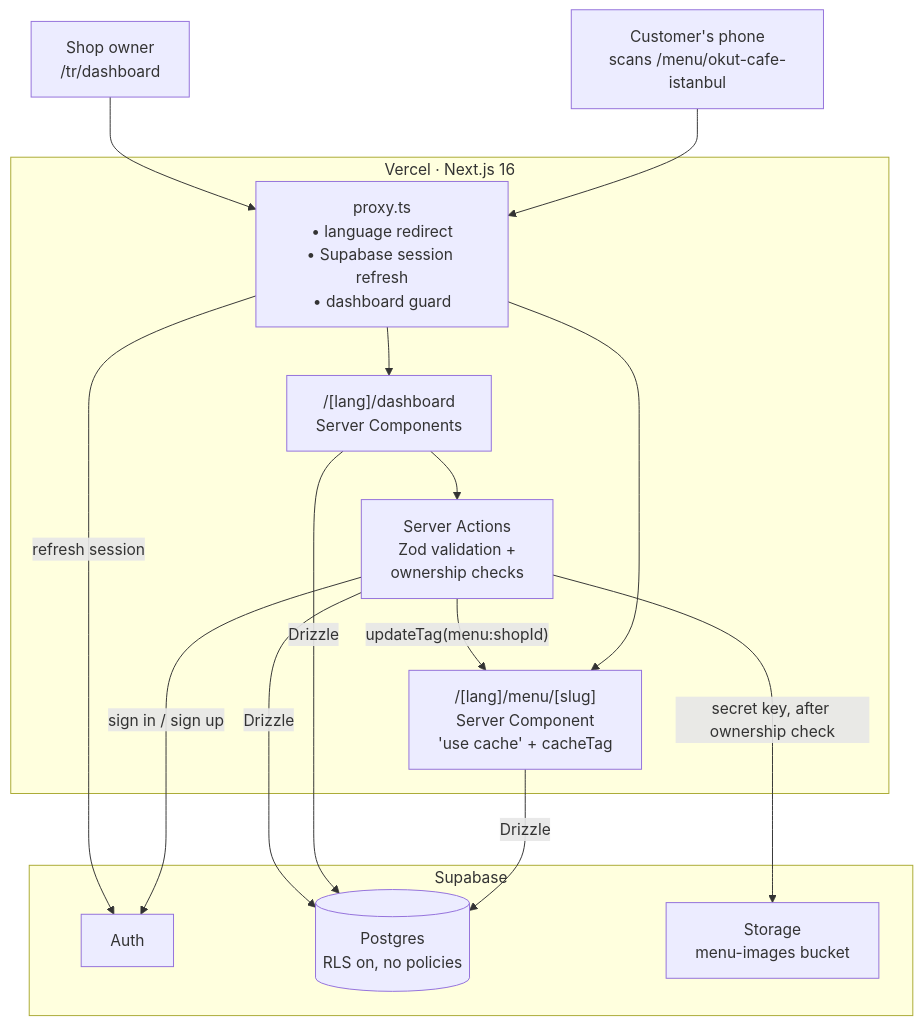
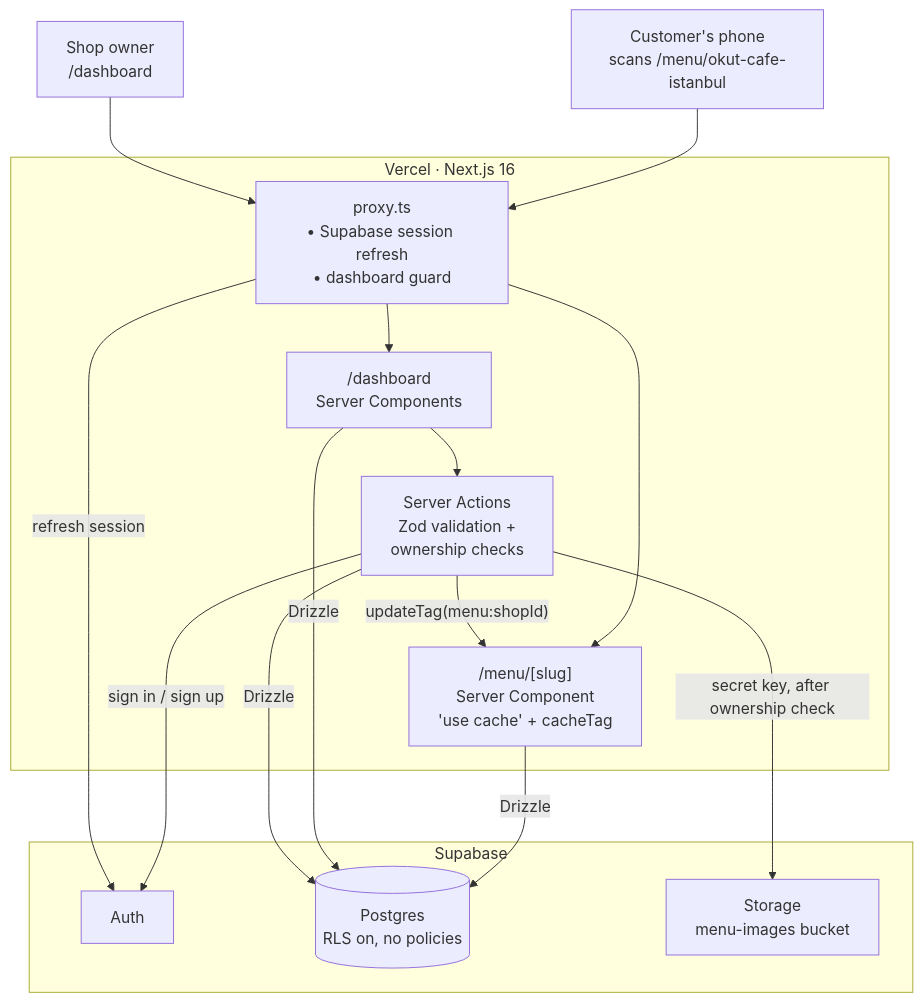
Before and after one commit to huseyincansoylu/okut: the first of 2 diagrams in README.md, drawn with Mermaid. The commit also changed other lines of this file and 111 other files, not shown here.

````diff
--- a/README.md
+++ b/README.md
@@ -41,29 +41,29 @@
 ```mermaid
 flowchart TB
     phone["Customer's phone<br/>scans /menu/okut-cafe-istanbul"] --> proxy
-    owner["Shop owner<br/>/tr/dashboard"] --> proxy
+    owner["Shop owner<br/>/dashboard"] --> proxy
 
     subgraph vercel["Vercel · Next.js 16"]
-        proxy["proxy.ts<br/>• language redirect<br/>• Supabase session refresh<br/>• dashboard guard"]
-        menu["/[lang]/menu/[slug]<br/>Server Component<br/>'use cache' + cacheTag"]
-        dash["/[lang]/dashboard<br/>Server Components"]
+        proxy["proxy.ts<br/>• Supabase session refresh<br/>• dashboard guard"]
+        menu["/menu/[slug]<br/>Server Component<br/>'use cache' + cacheTag"]
+        dash["/dashboard<br/>Server Components"]
         actions["Server Actions<br/>Zod validation +<br/>ownership checks"]
     end
 
     subgraph supabase["Supabase"]
         auth["Auth"]
         db[("Postgres<br/>RLS on, no policies")]
         storage["Storage<br/>menu-images bucket"]
     end
 
     proxy --> menu
     proxy --> dash
     dash --> actions
     menu -- Drizzle --> db
     dash -- Drizzle --> db
     actions -- Drizzle --> db
     actions -- "secret key, after ownership check" --> storage
     actions -- "updateTag(menu:shopId)" --> menu
     actions -- "sign in / sign up" --> auth
     proxy -- "refresh session" --> auth
 ```
````
